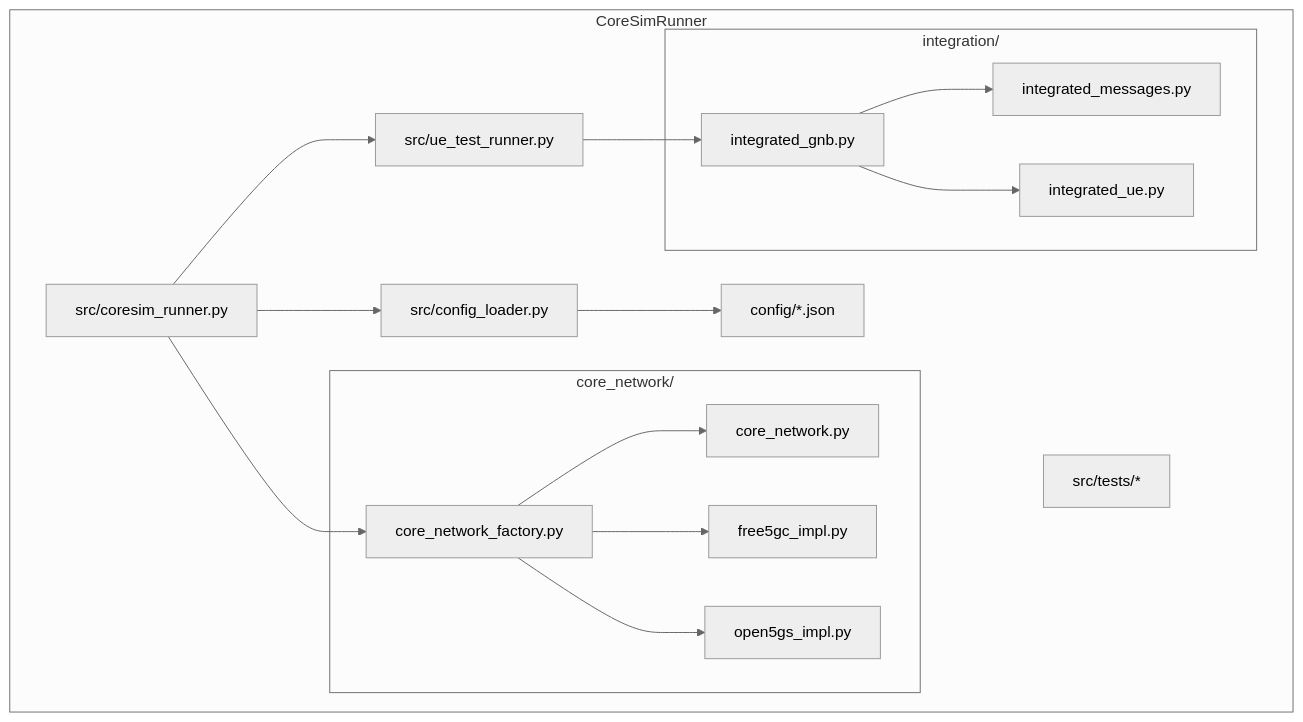
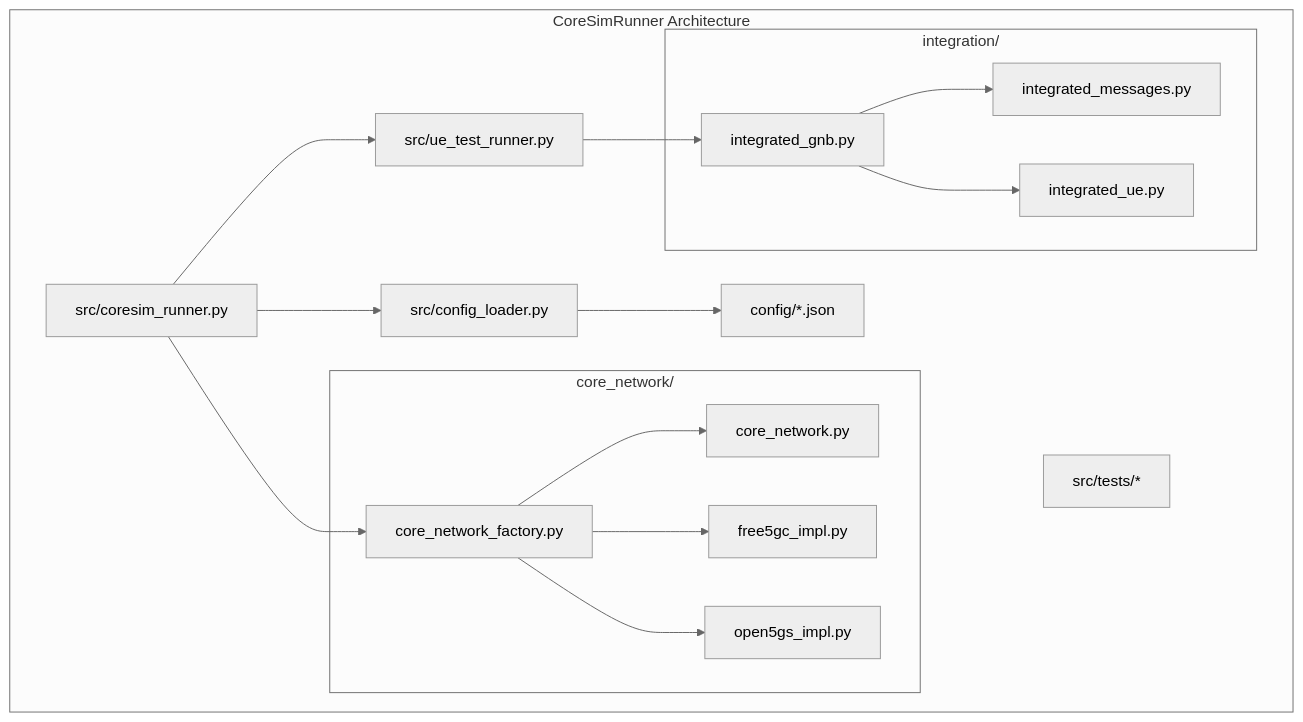
The first of 7 diagrams in .qoder/repowiki/en/content/Project Overview/Architecture Overview/Architecture Overview.md (hackeryounow/coresimrunner), drawn with Mermaid (neutral theme) before and after one commit. The commit also changed other lines of this file and 6 other files, not shown here.

````diff
--- a/.qoder/repowiki/en/content/Project Overview/Architecture Overview/Architecture Overview.md
+++ b/.qoder/repowiki/en/content/Project Overview/Architecture Overview/Architecture Overview.md
@@ -47,31 +63,31 @@
 ```mermaid
 graph TB
-subgraph "CoreSimRunner"
+subgraph "CoreSimRunner Architecture"
 A["src/coresim_runner.py"]
 B["src/config_loader.py"]
 subgraph "core_network/"
 C["core_network.py"]
 D["core_network_factory.py"]
 E["free5gc_impl.py"]
 F["open5gs_impl.py"]
 end
 subgraph "integration/"
 G["integrated_gnb.py"]
 H["integrated_messages.py"]
 I["integrated_ue.py"]
 end
 J["src/ue_test_runner.py"]
 K["src/tests/*"]
 L["config/*.json"]
 end
 A --> B
 A --> D
 D --> C
 D --> E
 D --> F
 A --> J
 J --> G
 G --> H
 G --> I
 B --> L
 ```
````
